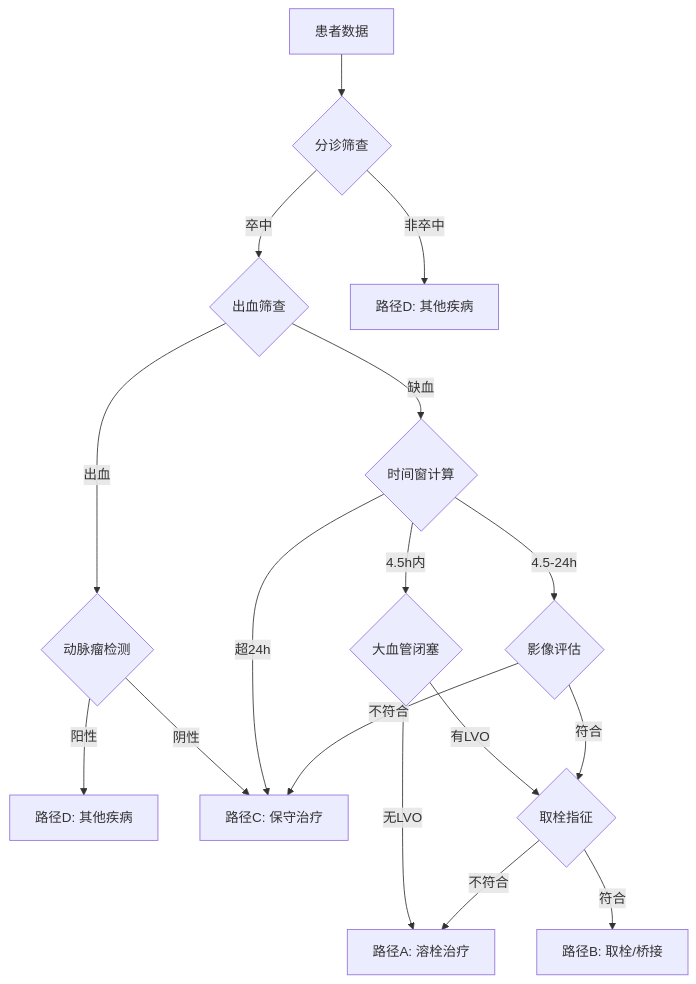
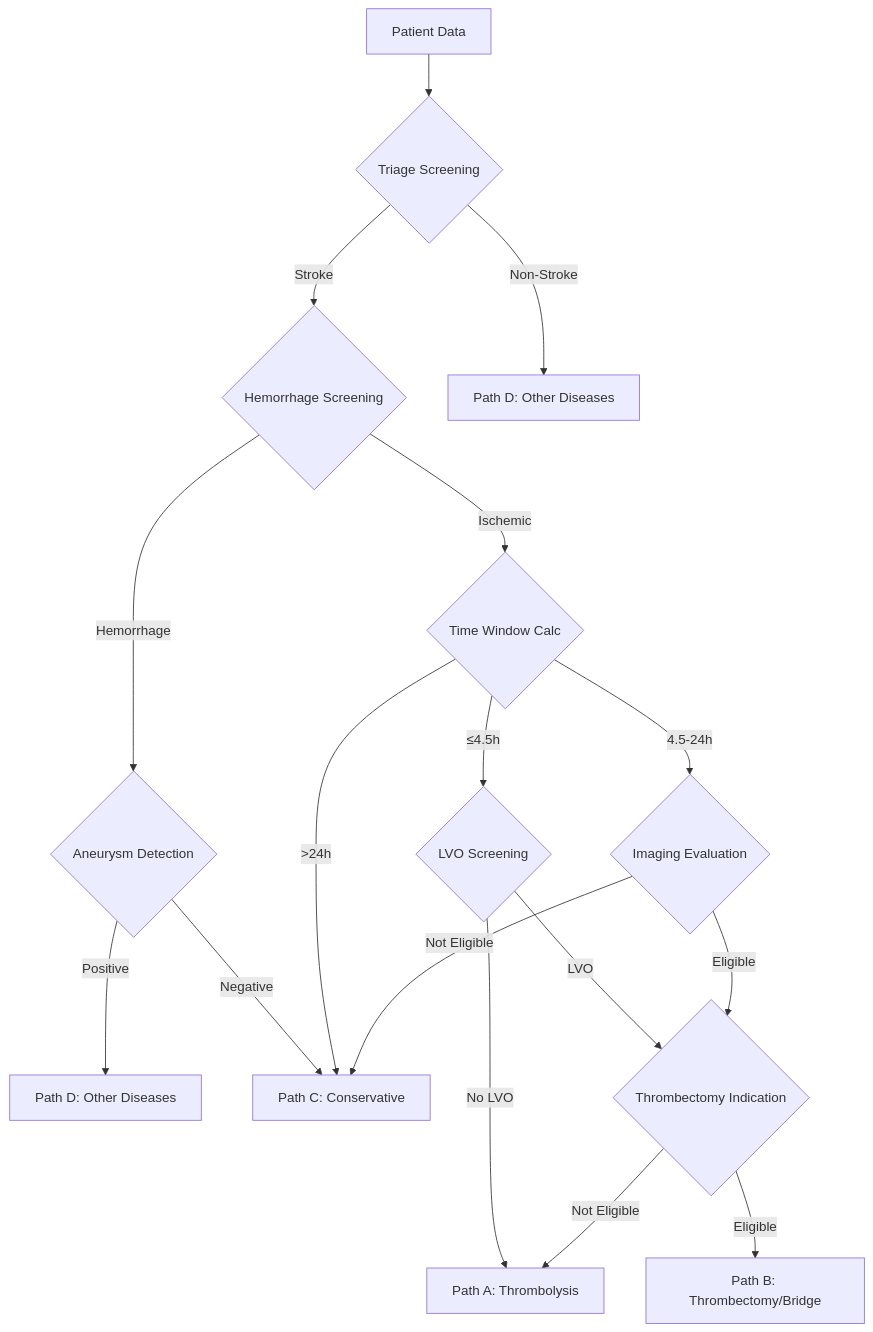
The diagram in README.md (lz-code-2844/Stroke-CDSS), drawn with Mermaid before and after one commit. The commit also changed other lines of this file and 2 other files, not shown here.

````diff
--- a/README.md
+++ b/README.md
@@ -120,19 +127,19 @@
 ```mermaid
 graph TD
-    A[患者数据] --> B{分诊筛查}
-    B -->|卒中| C{出血筛查}
-    B -->|非卒中| D[路径D: 其他疾病]
-    C -->|出血| E{动脉瘤检测}
-    C -->|缺血| F{时间窗计算}
-    E -->|阳性| G[路径D: 其他疾病]
-    E -->|阴性| H[路径C: 保守治疗]
-    F -->|超24h| H
-    F -->|4.5h内| I{大血管闭塞}
-    F -->|4.5-24h| J{影像评估}
-    I -->|无LVO| K[路径A: 溶栓治疗]
-    I -->|有LVO| L{取栓指征}
-    J -->|不符合| H
-    J -->|符合| L
-    L -->|符合| M[路径B: 取栓/桥接]
-    L -->|不符合| K
+    A[Patient Data] --> B{Triage Screening}
+    B -->|Stroke| C{Hemorrhage Screening}
+    B -->|Non-Stroke| D[Path D: Other Diseases]
+    C -->|Hemorrhage| E{Aneurysm Detection}
+    C -->|Ischemic| F{Time Window Calc}
+    E -->|Positive| G[Path D: Other Diseases]
+    E -->|Negative| H[Path C: Conservative]
+    F -->|>24h| H
+    F -->|≤4.5h| I{LVO Screening}
+    F -->|4.5-24h| J{Imaging Evaluation}
+    I -->|No LVO| K[Path A: Thrombolysis]
+    I -->|LVO| L{Thrombectomy Indication}
+    J -->|Not Eligible| H
+    J -->|Eligible| L
+    L -->|Eligible| M[Path B: Thrombectomy/Bridge]
+    L -->|Not Eligible| K
 ```
````
